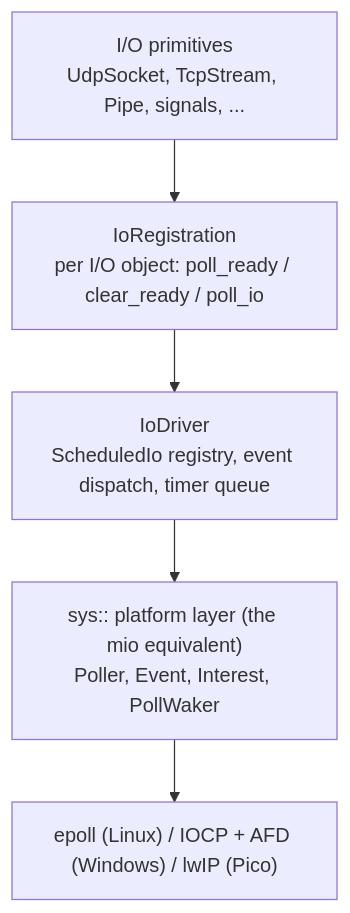
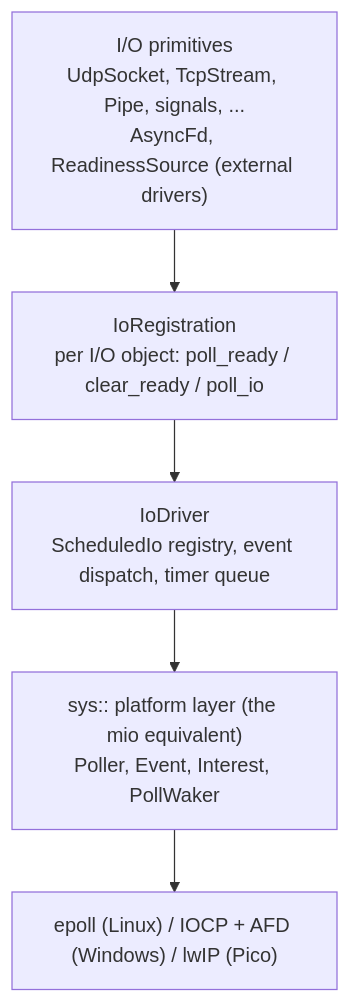
One commit to bts164/coro changed the first of 6 diagrams in doc/design/io_driver.md. Above: the diagram before and after it, drawn with Mermaid. The commit also changed other lines of this file and 20 other files, not shown here.

Commit message:
Added ReadinessSource as an interface for integrating external user created I/O device drivers into the sys layer

````diff
--- a/doc/design/io_driver.md
+++ b/doc/design/io_driver.md
@@ -76,9 +78,9 @@
 ```mermaid
 flowchart TD
-    P["I/O primitives<br/>UdpSocket, TcpStream, Pipe, signals, ..."]
+    P["I/O primitives<br/>UdpSocket, TcpStream, Pipe, signals, ...<br/>AsyncFd, ReadinessSource (external drivers)"]
     R["IoRegistration<br/>per I/O object: poll_ready / clear_ready / poll_io"]
     D["IoDriver<br/>ScheduledIo registry, event dispatch, timer queue"]
     S["sys:: platform layer (the mio equivalent)<br/>Poller, Event, Interest, PollWaker"]
     OS["epoll (Linux) / IOCP + AFD (Windows) / lwIP (Pico)"]
     P --> R --> D --> S --> OS
 ```
````
